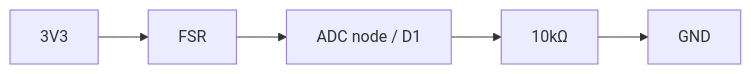
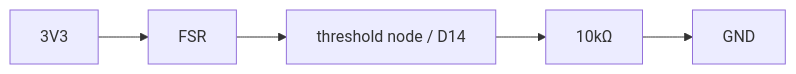
One commit to giniro09/zmk-config-LalaPadGen2 changed the second of 2 diagrams in docs/experiments/interaction-feedback/HARDWARE_AND_PIN_PLAN.md. Above: the diagram before and after it, drawn with Mermaid. The commit also changed other lines of this file and 7 other files, not shown here.

````diff
--- a/docs/experiments/interaction-feedback/HARDWARE_AND_PIN_PLAN.md
+++ b/docs/experiments/interaction-feedback/HARDWARE_AND_PIN_PLAN.md
@@ -81,7 +79,7 @@
 ```mermaid
 flowchart LR
     VCC["3V3"] --> F["FSR"]
-    F --> N["ADC node / D1"]
+    F --> N["threshold node / D14"]
     N --> R["10kΩ"]
     R --> G["GND"]
 ```
````
